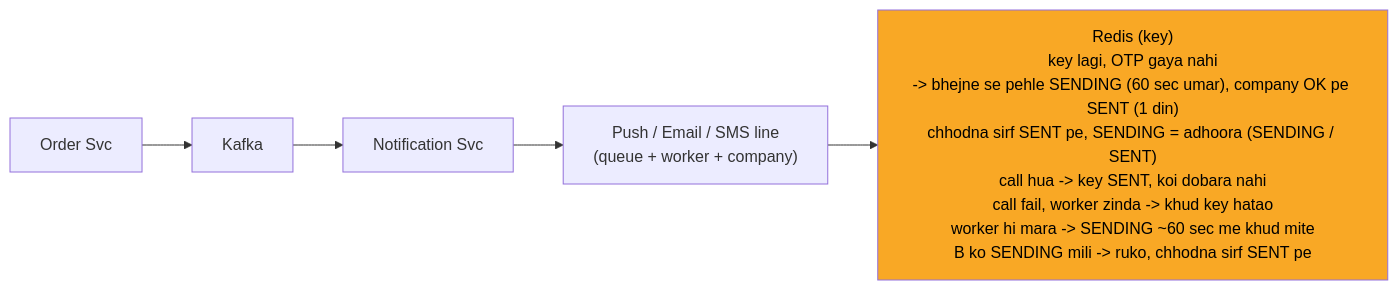
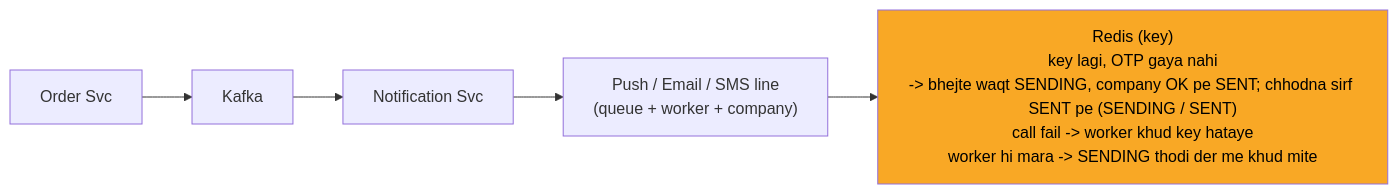
Before and after one commit to ArpanMaheshwari144/Prep: the diagram in 04_HLD/SYSTEM_DESIGNS/04_notification_system/img/c4.mmd, drawn with Mermaid. The commit also changed 47 other files, not shown here.

```diff
--- a/04_HLD/SYSTEM_DESIGNS/04_notification_system/img/c4.mmd
+++ b/04_HLD/SYSTEM_DESIGNS/04_notification_system/img/c4.mmd
@@ -1,12 +1,12 @@
 %%{init: {"flowchart": {"wrappingWidth": 450}}}%%
 flowchart LR
     n_Order_Svc["Order Svc"]
     n_Kafka["Kafka"]
     n_Notification_Svc["Notification Svc"]
     n_LINES["Push / Email / SMS line<br/>(queue + worker + company)"]
-    n_Redis["Redis (key)<br/>key lagi, OTP gaya nahi<br/>-> bhejne se pehle SENDING (60 sec umar), company OK pe SENT (1 din)<br/>chhodna sirf SENT pe, SENDING = adhoora (SENDING / SENT)<br/>call hua -> key SENT, koi dobara nahi<br/>call fail, worker zinda -> khud key hatao<br/>worker hi mara -> SENDING ~60 sec me khud mite<br/>B ko SENDING mili -> ruko, chhodna sirf SENT pe"]
+    n_Redis["Redis (key)<br/>key lagi, OTP gaya nahi<br/>-> bhejte waqt SENDING, company OK pe SENT; chhodna sirf SENT pe (SENDING / SENT)<br/>call fail -> worker khud key hataye<br/>worker hi mara -> SENDING thodi der me khud mite"]
     n_Order_Svc --> n_Kafka
     n_Kafka --> n_Notification_Svc
     n_Notification_Svc --> n_LINES
     n_LINES --> n_Redis
     style n_Redis fill:#f9a825,color:#000
```
